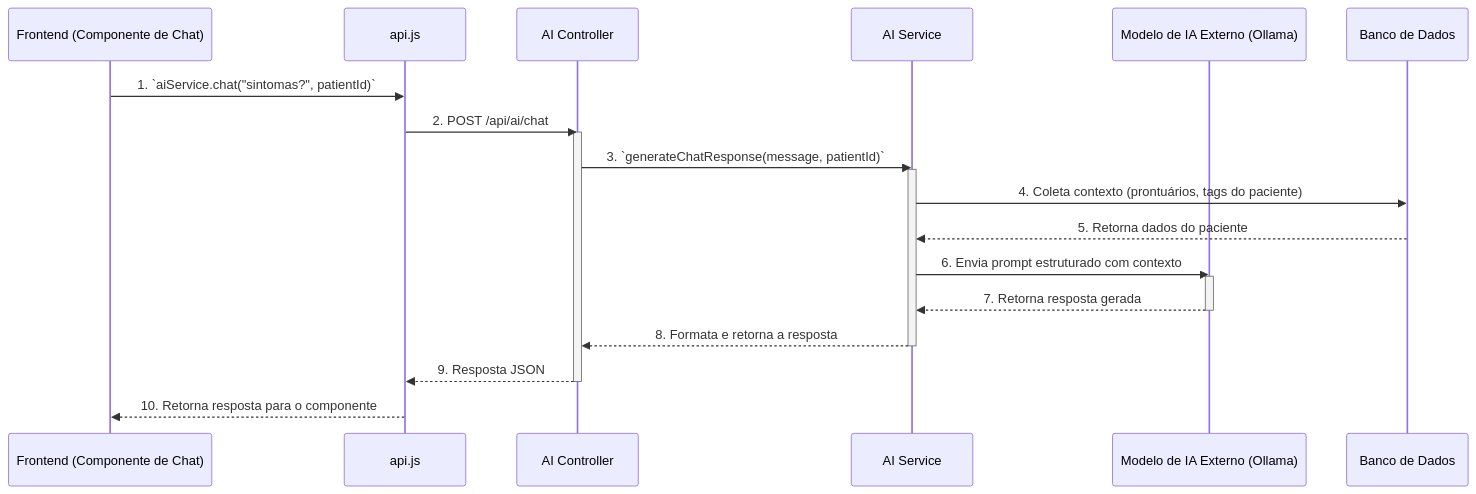
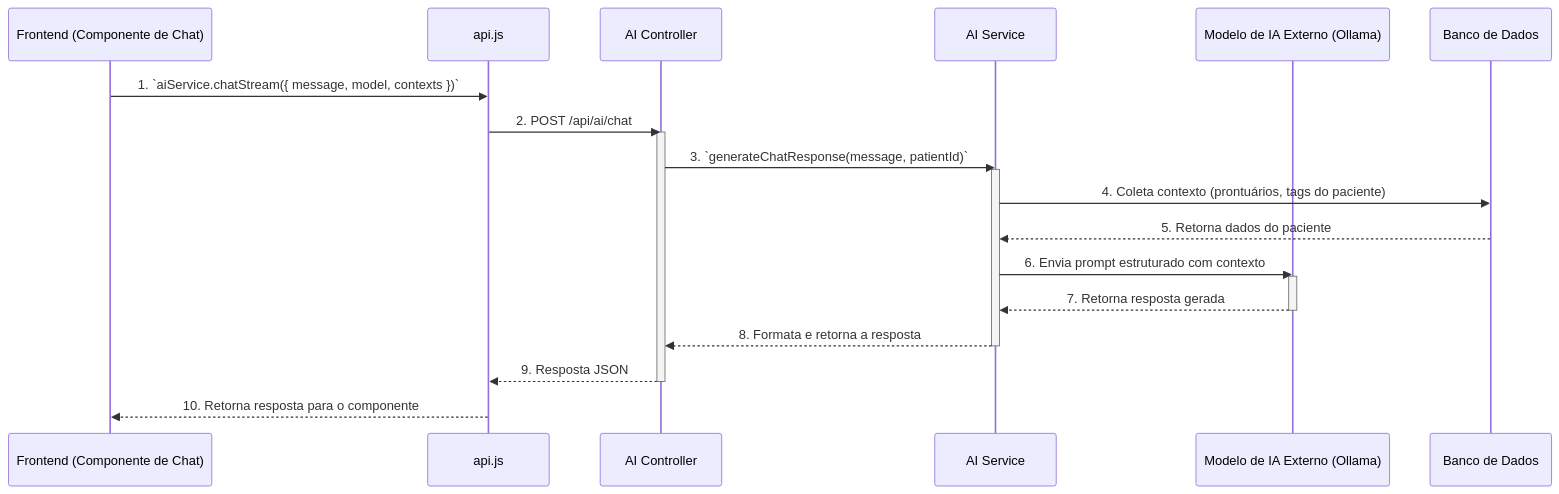
Before and after one commit to hugoeg123/HG: the diagram in docs/ai_integration.md, drawn with Mermaid. The commit also changed other lines of this file and 13 other files, not shown here.

````diff
--- a/docs/ai_integration.md
+++ b/docs/ai_integration.md
@@ -43,33 +42,33 @@
 ```mermaid
 sequenceDiagram
     participant FE as Frontend (Componente de Chat)
     participant FEService as api.js
     participant BEController as AI Controller
     participant BEService as AI Service
     participant ExtAI as Modelo de IA Externo (Ollama)
     participant DB as Banco de Dados
 
-    FE->>FEService: 1. `aiService.chat("sintomas?", patientId)`
+    FE->>FEService: 1. `aiService.chatStream({ message, model, contexts })`
     FEService->>BEController: 2. POST /api/ai/chat
     activate BEController
 
     BEController->>BEService: 3. `generateChatResponse(message, patientId)`
     activate BEService
 
     BEService->>DB: 4. Coleta contexto (prontuários, tags do paciente)
     DB-->>BEService: 5. Retorna dados do paciente
 
     BEService->>ExtAI: 6. Envia prompt estruturado com contexto
     activate ExtAI
     ExtAI-->>BEService: 7. Retorna resposta gerada
     deactivate ExtAI
 
     BEService-->>BEController: 8. Formata e retorna a resposta
     deactivate BEService
 
     BEController-->>FEService: 9. Resposta JSON
     deactivate BEController
 
     FEService-->>FE: 10. Retorna resposta para o componente
 
 ```
````
